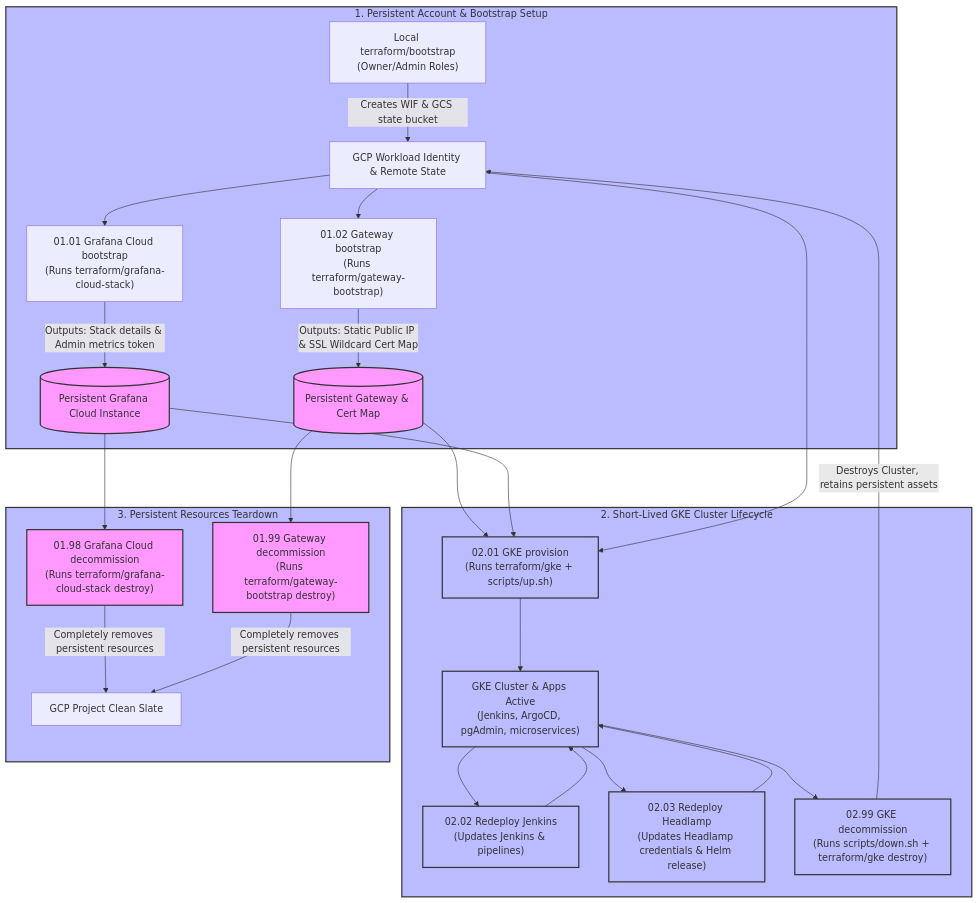
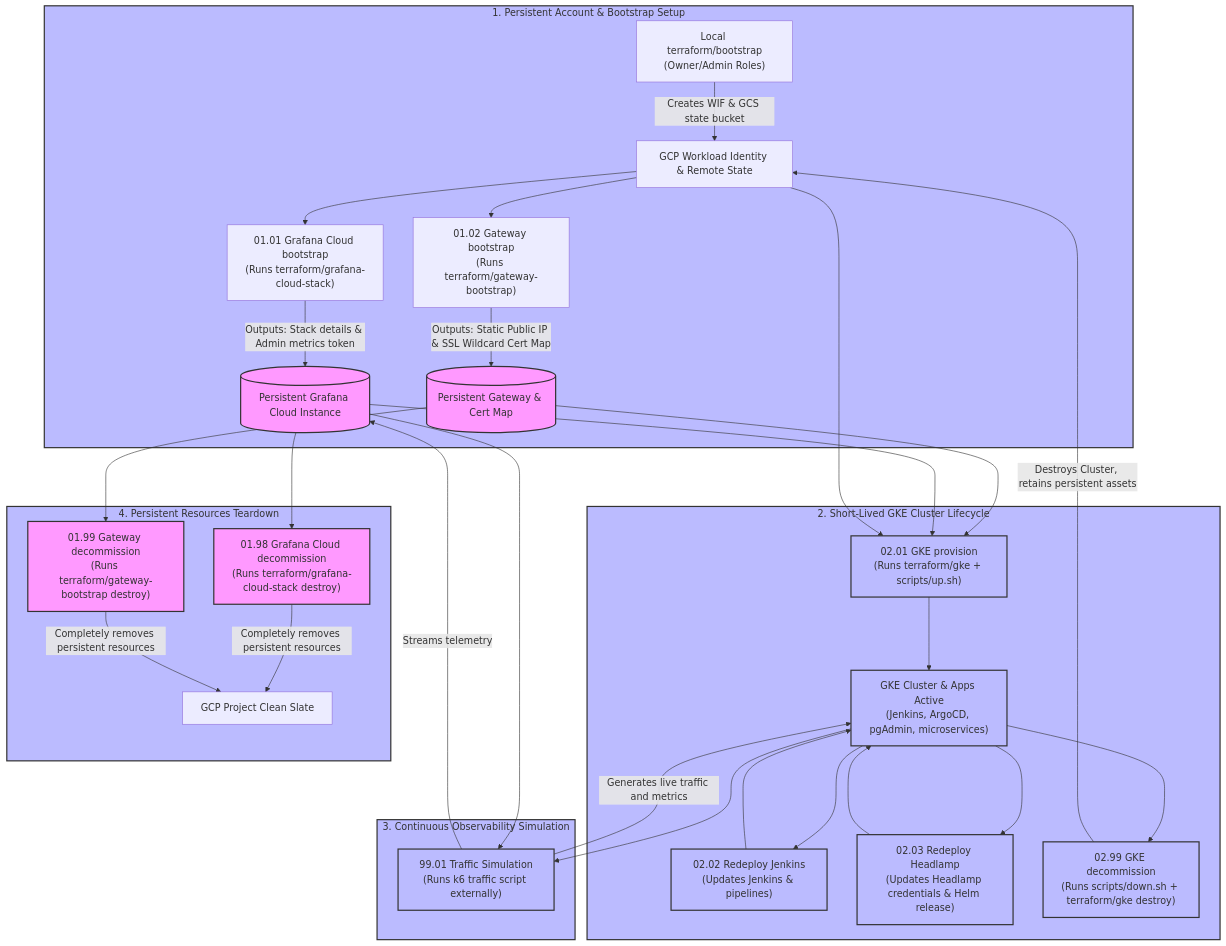
The seventh of 7 diagrams in README.md (nubenetes/jenkins-2026), drawn with Mermaid before and after one commit. The commit also changed other lines of this file, not shown here.

Commit message:
docs: document 99.01 simulation workflow in README.md and lifecycle diagram

````diff
--- a/README.md
+++ b/README.md
@@ -1212,36 +1213,42 @@
 ```mermaid
 graph TD
     subgraph Bootstrapping ["1. Persistent Account & Bootstrap Setup"]
         A["Local terraform/bootstrap<br>(Owner/Admin Roles)"] -->|"Creates WIF & GCS state bucket"| B["GCP Workload Identity & Remote State"]
         B --> C["01.01 Grafana Cloud bootstrap<br>(Runs terraform/grafana-cloud-stack)"]
         B --> D["01.02 Gateway bootstrap<br>(Runs terraform/gateway-bootstrap)"]
         
         C -->|"Outputs: Stack details & Admin metrics token"| E[("Persistent Grafana Cloud Instance")]
         D -->|"Outputs: Static Public IP & SSL Wildcard Cert Map"| F[("Persistent Gateway & Cert Map")]
     end
 
     subgraph GKE_Lifecycle ["2. Short-Lived GKE Cluster Lifecycle"]
         F & E & B --> G["02.01 GKE provision<br>(Runs terraform/gke + scripts/up.sh)"]
         G --> H["GKE Cluster & Apps Active<br>(Jenkins, ArgoCD, pgAdmin, microservices)"]
         
         H --> I["02.02 Redeploy Jenkins<br>(Updates Jenkins & pipelines)"]
         H --> J["02.03 Redeploy Headlamp<br>(Updates Headlamp credentials & Helm release)"]
         
         I & J --> H
         
         H --> K["02.99 GKE decommission<br>(Runs scripts/down.sh + terraform/gke destroy)"]
         K -->|"Destroys Cluster, retains persistent assets"| B
     end
 
-    subgraph Persistent_Teardown ["3. Persistent Resources Teardown"]
+    subgraph Simulation ["3. Continuous Observability Simulation"]
+        H & E --> O["99.01 Traffic Simulation<br>(Runs k6 traffic script externally)"]
+        O -->|"Generates live traffic and metrics"| H
+        O -->|"Streams telemetry"| E
+    end
+
+    subgraph Persistent_Teardown ["4. Persistent Resources Teardown"]
         E --> L["01.98 Grafana Cloud decommission<br>(Runs terraform/grafana-cloud-stack destroy)"]
         F --> M["01.99 Gateway decommission<br>(Runs terraform/gateway-bootstrap destroy)"]
         L & M -->|"Completely removes persistent resources"| N["GCP Project Clean Slate"]
     end
 
     classDef persistent fill:#f9f,stroke:#333,stroke-width:2px;
     classDef cluster fill:#bbf,stroke:#333,stroke-width:2px;
     classDef process fill:#fff,stroke:#333,stroke-width:1px;
     class E,F,L,M persistent;
-    class G,H,I,J,K cluster;
+    class G,H,I,J,K,O cluster;
 ```
````
